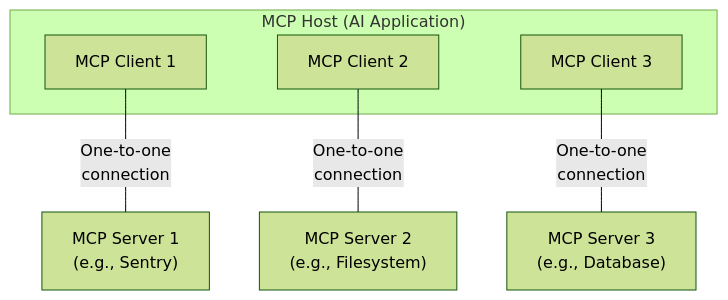
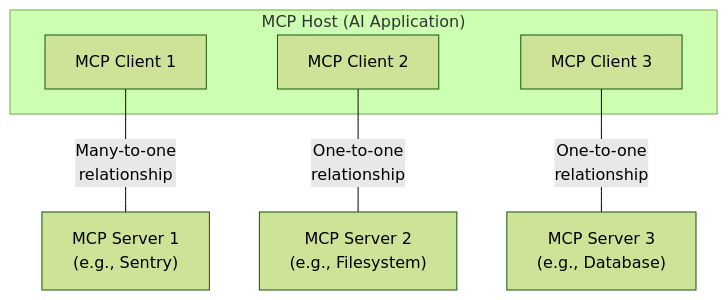
Before and after one commit to modelcontextprotocol/modelcontextprotocol: the diagram in docs/docs/learn/architecture.mdx, drawn with Mermaid (forest theme). The commit also changed other lines of this file, not shown here.

Commit message:
chore: Addres review feedback

````diff
--- a/docs/docs/learn/architecture.mdx
+++ b/docs/docs/learn/architecture.mdx
@@ -49,16 +49,16 @@
 ```mermaid
 graph TB
     subgraph "MCP Host (AI Application)"
         Client1["MCP Client 1"]
         Client2["MCP Client 2"]
         Client3["MCP Client 3"]
     end
 
     Server1["MCP Server 1<br/>(e.g., Sentry)"]
     Server2["MCP Server 2<br/>(e.g., Filesystem)"]
     Server3["MCP Server 3<br/>(e.g., Database)"]
 
-    Client1 ---|"One-to-one<br/>connection"| Server1
-    Client2 ---|"One-to-one<br/>connection"| Server2
-    Client3 ---|"One-to-one<br/>connection"| Server3
+    Client1 ---|"Many-to-one<br/>relationship"| Server1
+    Client2 ---|"One-to-one<br/>relationship"| Server2
+    Client3 ---|"One-to-one<br/>relationship"| Server3
 ```
````
